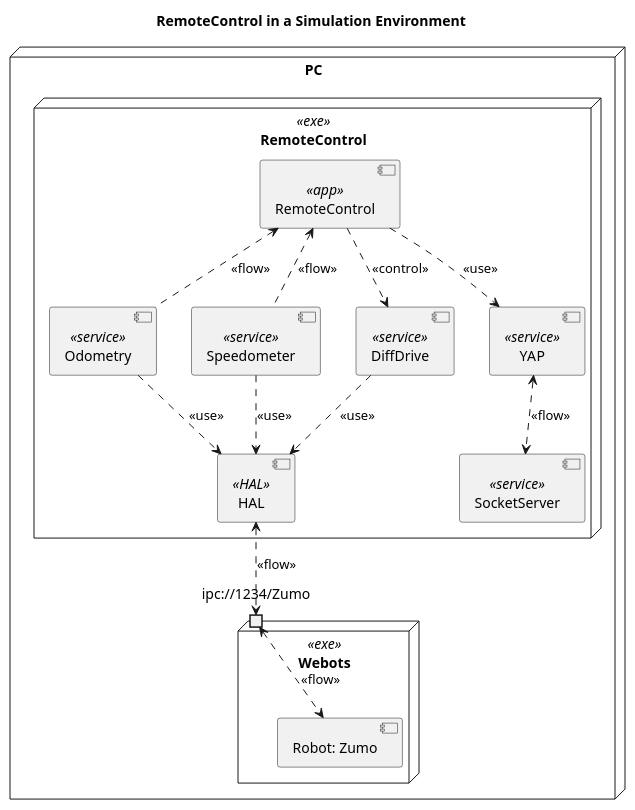
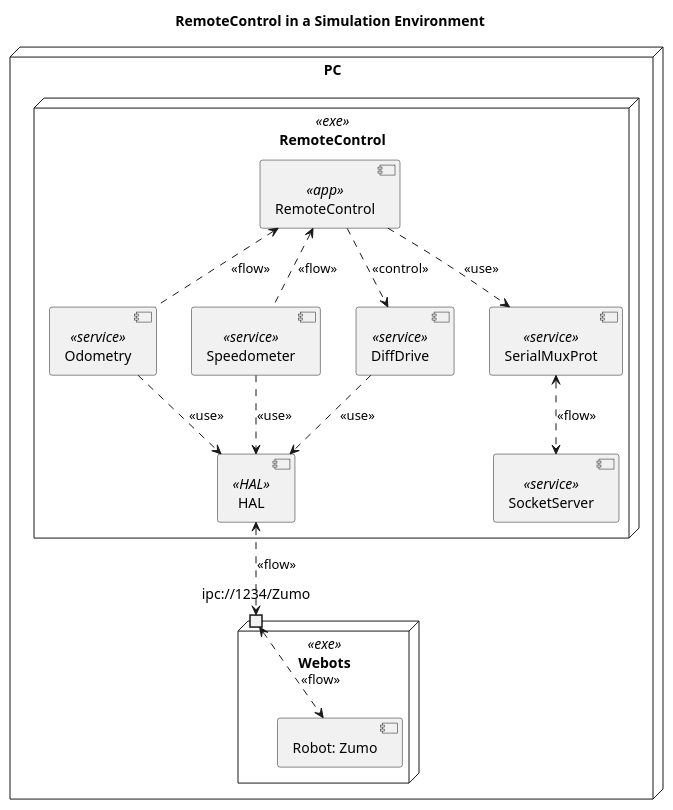
The diagram in doc/configuration/uml/RemoteControlSim.puml (BlueAndi/RadonUlzer), drawn with PlantUML before and after one commit. The commit also changed 2 other files, not shown here.

Commit message:
Remove YAP from documentation

```diff
--- a/doc/configuration/uml/RemoteControlSim.puml
+++ b/doc/configuration/uml/RemoteControlSim.puml
@@ -1,39 +1,39 @@
 @startuml Simulation_Deployment
 
 Title RemoteControl in a Simulation Environment
 
 node "PC" {
     node "RemoteControl" <<exe>> as remoteControlExe{
 
         component "RemoteControl" <<app>> as app
 
         component "Odometry" <<service>> as odometry
         component "Speedometer" <<service>> as speedometer
         component "DiffDrive" <<service>> as diffdrive
         component "SocketServer" <<service>> as socketServer
 
-        component "YAP" <<service>> as yap
+        component "SerialMuxProt" <<service>> as smp
         component "HAL" <<HAL>> as hal
 
-        app ..> yap: <<use>>
+        app ..> smp: <<use>>
         app <.. odometry: <<flow>>
         app <.. speedometer: <<flow>>
         app ..> diffdrive: <<control>>
 
-        yap <..> socketServer: <<flow>>
+        smp <..> socketServer: <<flow>>
 
         odometry ..> hal: <<use>>
         speedometer ..> hal: <<use>>
         diffdrive ..> hal: <<use>>
     }
 
     node "Webots" <<exe>> as webots {
         PortIn "ipc://1234/Zumo" as webotsPort
         component "Robot: Zumo" as robot
         webotsPort <..> robot: <<flow>>
     }
 
     hal <..> webotsPort : <<flow>>
 }
 
 @enduml
```
